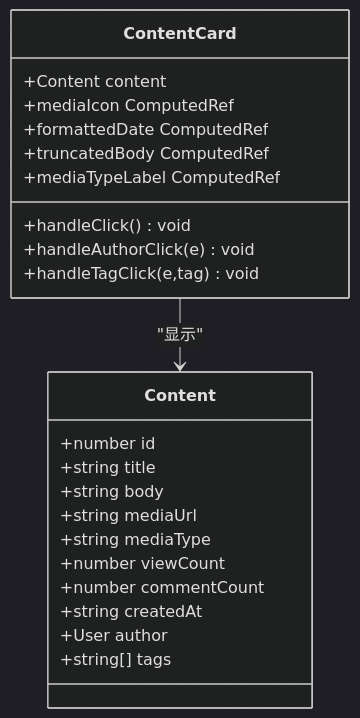
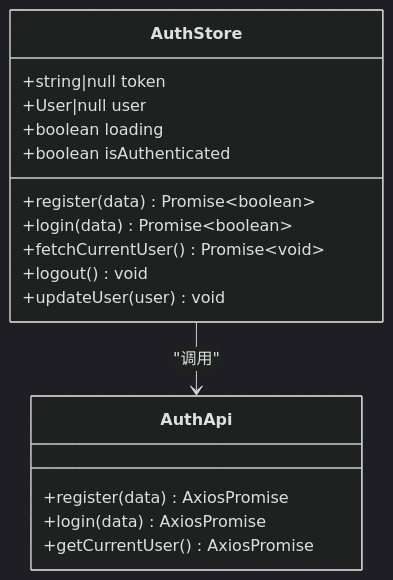
One commit to koala-xiong/communication-qoder changed the fourth of 7 diagrams in .qoder/repowiki/zh/content/前端架构设计/前端架构设计.md. Above: the diagram before and after it, drawn with Mermaid (dark theme). The commit also changed other lines of this file and 73 other files, not shown here.

````diff
--- a/.qoder/repowiki/zh/content/前端架构设计/前端架构设计.md
+++ b/.qoder/repowiki/zh/content/前端架构设计/前端架构设计.md
@@ -366,26 +185,20 @@
 ```mermaid
 classDiagram
-class ContentCard {
-+Content content
-+mediaIcon ComputedRef
-+formattedDate ComputedRef
-+truncatedBody ComputedRef
-+mediaTypeLabel ComputedRef
-+handleClick() void
-+handleAuthorClick(e) void
-+handleTagClick(e,tag) void
+class AuthStore {
++string|null token
++User|null user
++boolean loading
++boolean isAuthenticated
++register(data) Promise~boolean~
++login(data) Promise~boolean~
++fetchCurrentUser() Promise~void~
++logout() void
++updateUser(user) void
 }
-class Content {
-+number id
-+string title
-+string body
-+string mediaUrl
-+string mediaType
-+number viewCount
-+number commentCount
-+string createdAt
-+User author
-+string[] tags
+class AuthApi {
++register(data) AxiosPromise
++login(data) AxiosPromise
++getCurrentUser() AxiosPromise
 }
-ContentCard --> Content : "显示"
+AuthStore --> AuthApi : "调用"
 ```
````
